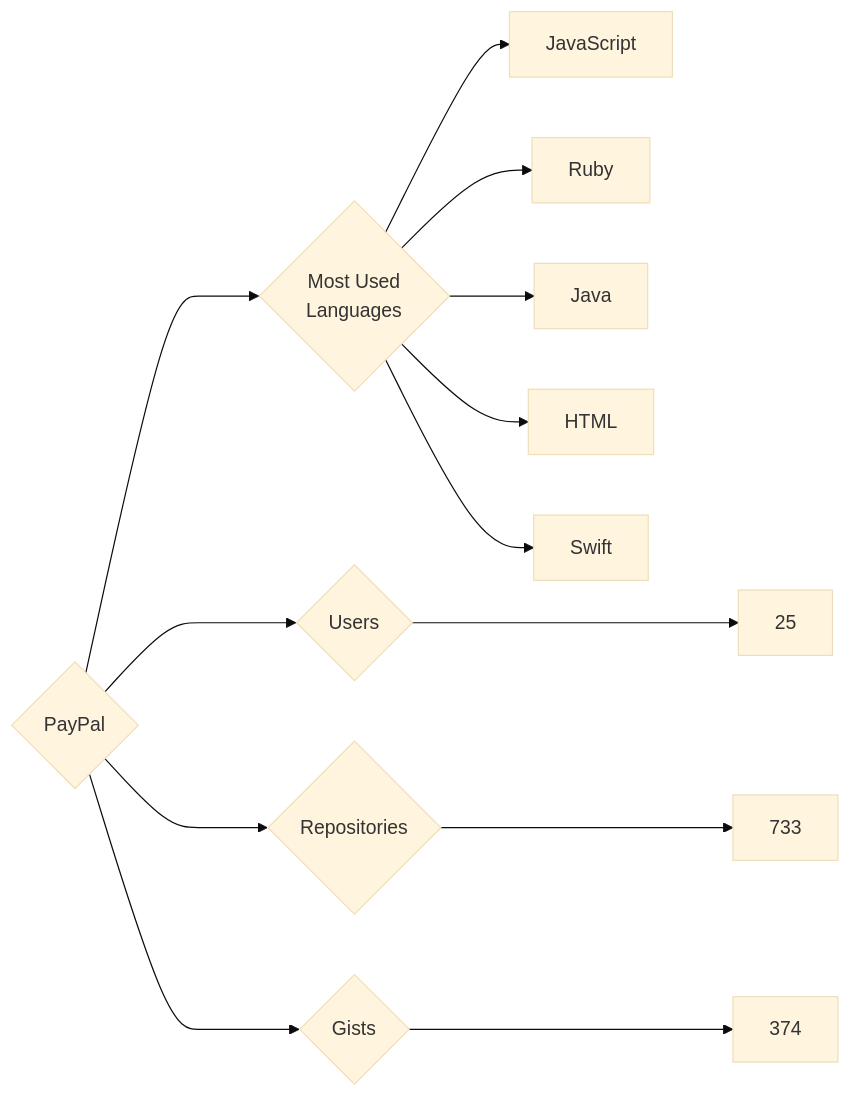
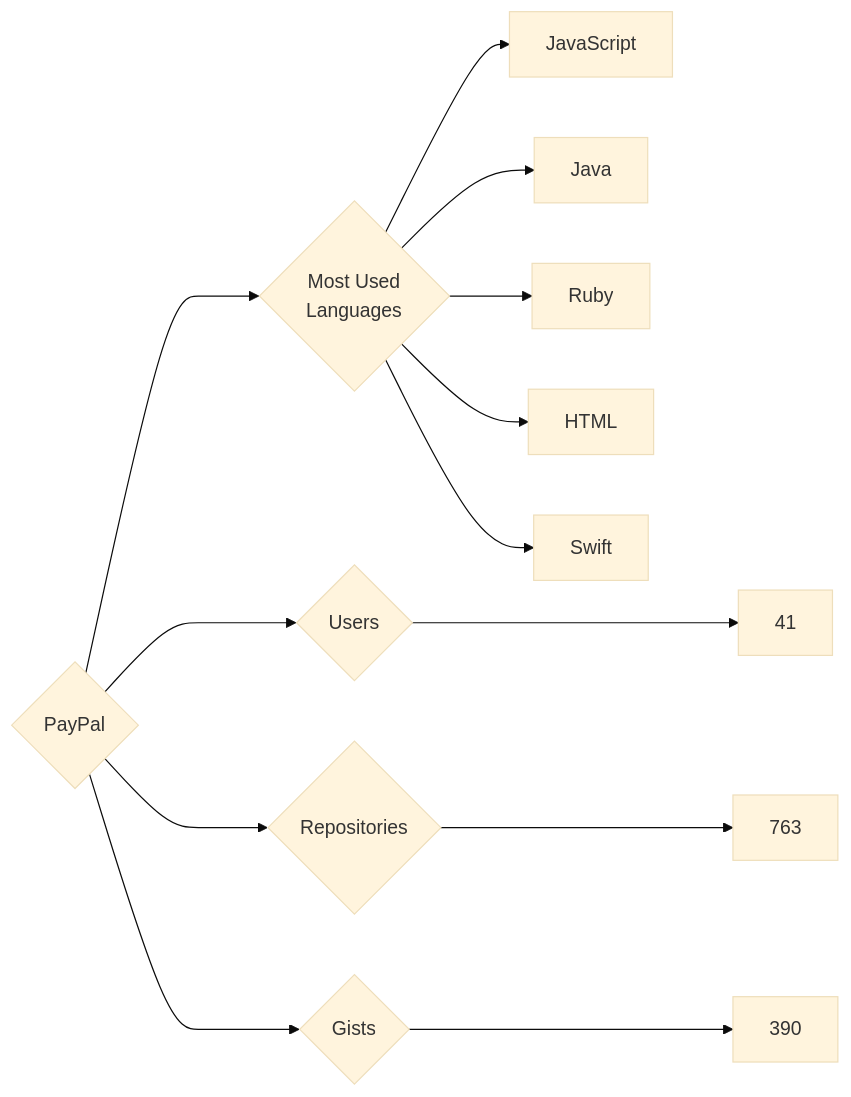
The diagram in targets/PayPal/README.md (trickest/insiders), drawn with Mermaid (base theme) before and after one commit. The commit also changed 970 other files, not shown here.

````diff
--- a/targets/PayPal/README.md
+++ b/targets/PayPal/README.md
@@ -3,13 +3,13 @@
 ```mermaid
 graph LR
 COMPANY_NAME{PayPal}
-COMPANY_NAME ---> U{Users} ---> UN[25]
-COMPANY_NAME ---> R{Repositories} ---> RN[733]
-COMPANY_NAME ---> G{Gists} ---> GN[374]
+COMPANY_NAME ---> U{Users} ---> UN[41]
+COMPANY_NAME ---> R{Repositories} ---> RN[763]
+COMPANY_NAME ---> G{Gists} ---> GN[390]
 COMPANY_NAME ---> ML{Most Used<br>Languages}
 ML --> JavaScript[JavaScript]
+ML --> Java[Java]
 ML --> Ruby[Ruby]
-ML --> Java[Java]
 ML --> HTML[HTML]
 ML --> Swift[Swift]
 ```
````
